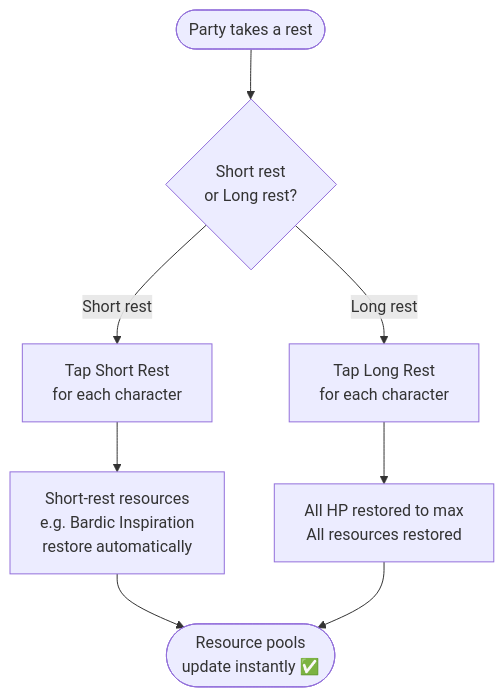
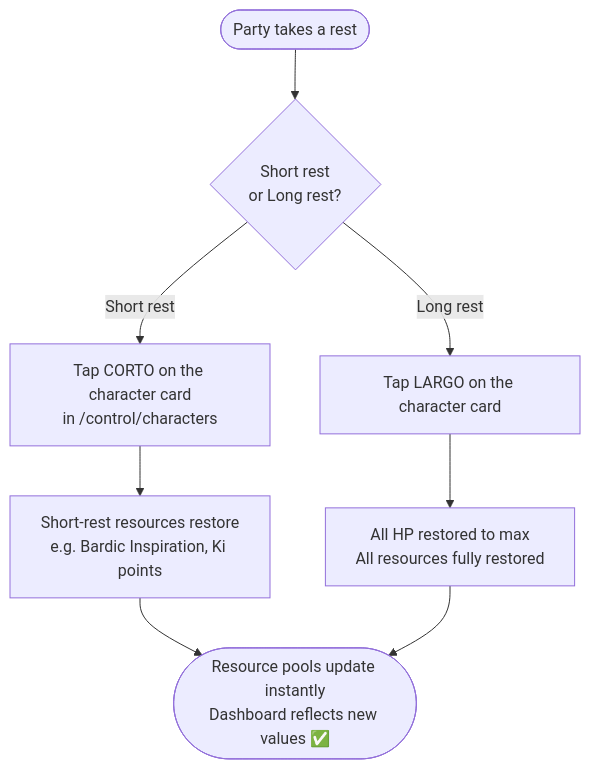
One commit to s0lci700/OVERLAYS changed the eighth of 9 diagrams in demo-pitch-docs/workflow-users.md. Above: the diagram before and after it, drawn with Mermaid. The commit also changed other lines of this file and 2 other files, not shown here.

Commit message:
Expand demo-pitch-docs: full control panel, character creation/management, and player dashboard workflows

````diff
--- a/demo-pitch-docs/workflow-users.md
+++ b/demo-pitch-docs/workflow-users.md
@@ -99,10 +196,10 @@
 ```mermaid
 flowchart TD
     A([Party takes a rest]) --> B{Short rest\nor Long rest?}
-    B -- Short rest --> C[Tap Short Rest\nfor each character]
-    C --> D[Short-rest resources\ne.g. Bardic Inspiration\nrestore automatically]
-    B -- Long rest --> E[Tap Long Rest\nfor each character]
-    E --> F[All HP restored to max\nAll resources restored]
-    D --> G([Resource pools\nupdate instantly ✅])
+    B -- Short rest --> C[Tap CORTO on the character card\nin /control/characters]
+    C --> D[Short-rest resources restore\ne.g. Bardic Inspiration, Ki points]
+    B -- Long rest --> E[Tap LARGO on the character card]
+    E --> F[All HP restored to max\nAll resources fully restored]
+    D --> G([Resource pools update instantly\nDashboard reflects new values ✅])
     F --> G
 ```
````
